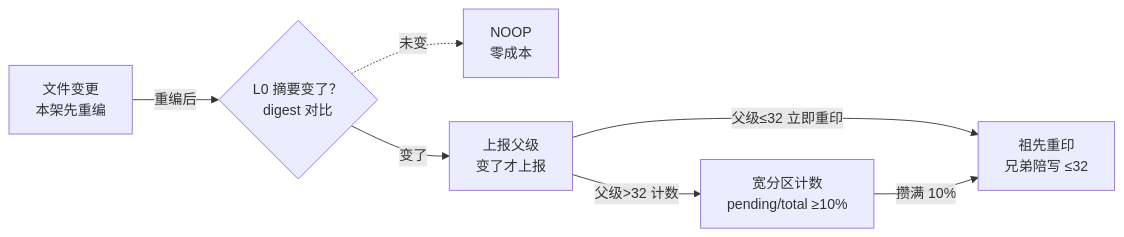
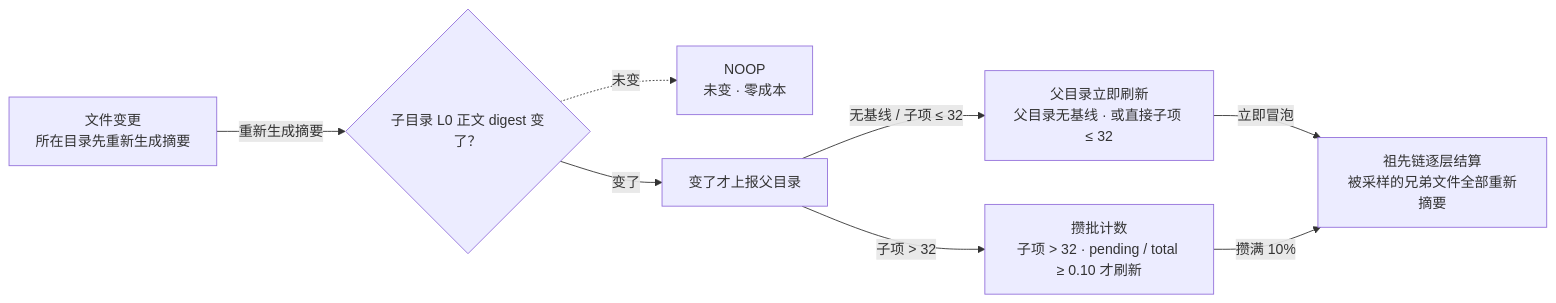
One commit to ThreeFish-AI/negentropy changed the diagram in docs/assets/mermaid/cognitive-context/openviking--freshness-bubbling.mmd. Above: the diagram before and after it, drawn with Mermaid. The commit also changed 95 other files, not shown here.

First line of the commit message:
docs(cognitive-context): 014 OpenViking 精读 §2「一树三相三面」图例与机制解说补全 + 全文 12 图挂载 (#1202)

```diff
--- a/docs/assets/mermaid/cognitive-context/openviking--freshness-bubbling.mmd
+++ b/docs/assets/mermaid/cognitive-context/openviking--freshness-bubbling.mmd
@@ -1,11 +1,13 @@
-%% source: docs/research/cognitive-context/014-openviking.md §4.3（视频 P2）
+%% source: docs/research/cognitive-context/014-openviking.md §4 新鲜度冒泡（视频 P2 → 修订重绘）
 %% slug: openviking--freshness-bubbling
 %% type: dataflow
 %% derived: docs/assets/architecture/cognitive-context/openviking--freshness-bubbling.html
+%% fix: 2026-10-22 「重印」统一为「刷新」、补「父目录无基线 → 立即刷新」分支
 flowchart LR
-  CHANGE["文件变更<br/>本架先重编"] -->|"重编后"| GATE{"L0 摘要变了？<br/>digest 对比"}
-  GATE -.->|"未变"| NOOP["NOOP<br/>零成本"]
-  GATE -->|"变了"| SMALL["上报父级<br/>变了才上报"]
-  SMALL -->|"父级≤32 立即重印"| BUBBLE["祖先重印<br/>兄弟陪写 ≤32"]
-  SMALL -->|"父级>32 计数"| COUNT["宽分区计数<br/>pending/total ≥10%"]
-  COUNT -->|"攒满 10%"| BUBBLE
+  CHANGE["文件变更<br/>所在目录先重新生成摘要"] -->|"重新生成摘要"| GATE{"子目录 L0 正文 digest 变了？"}
+  GATE -.->|"未变"| NOOP["NOOP<br/>未变 · 零成本"]
+  GATE -->|"变了"| REPORT["变了才上报父目录"]
+  REPORT -->|"无基线 / 子项 ≤ 32"| REFRESH["父目录立即刷新<br/>父目录无基线 · 或直接子项 ≤ 32"]
+  REPORT -->|"子项 > 32"| COUNT["攒批计数<br/>子项 > 32 · pending / total ≥ 0.10 才刷新"]
+  REFRESH -->|"立即冒泡"| ANCESTOR["祖先链逐层结算<br/>被采样的兄弟文件全部重新摘要"]
+  COUNT -->|"攒满 10%"| ANCESTOR
```
